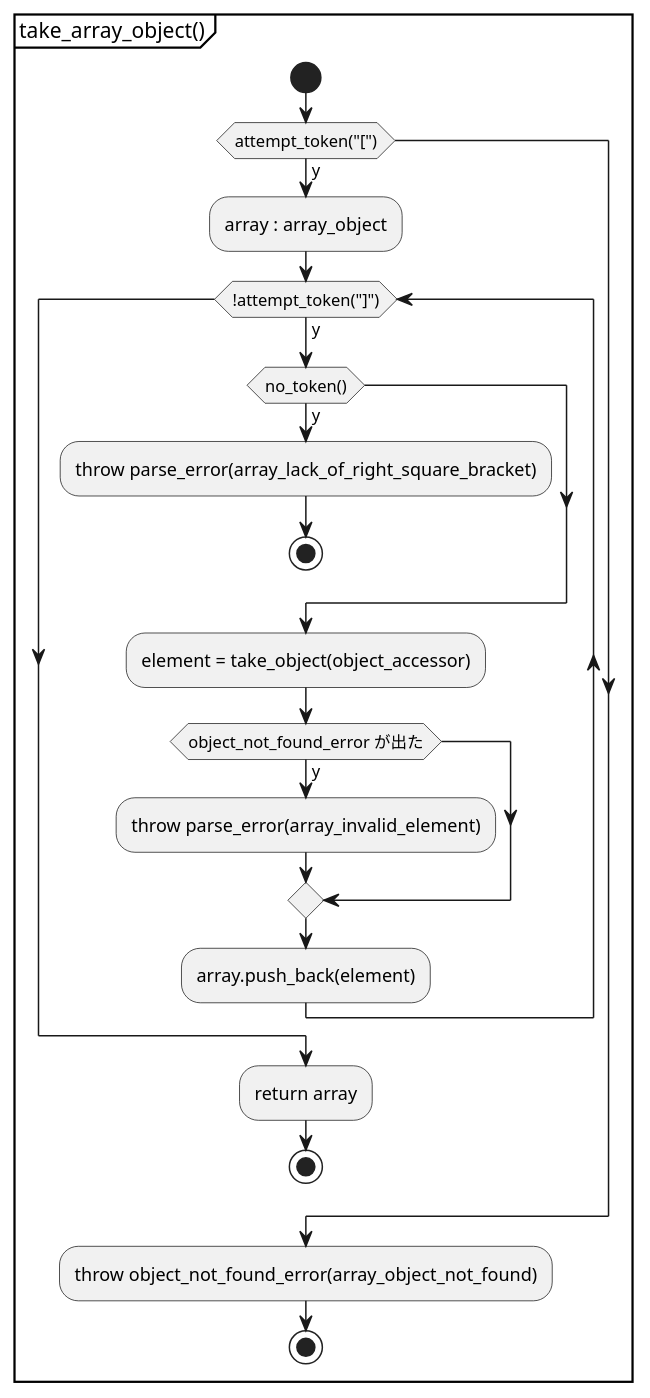
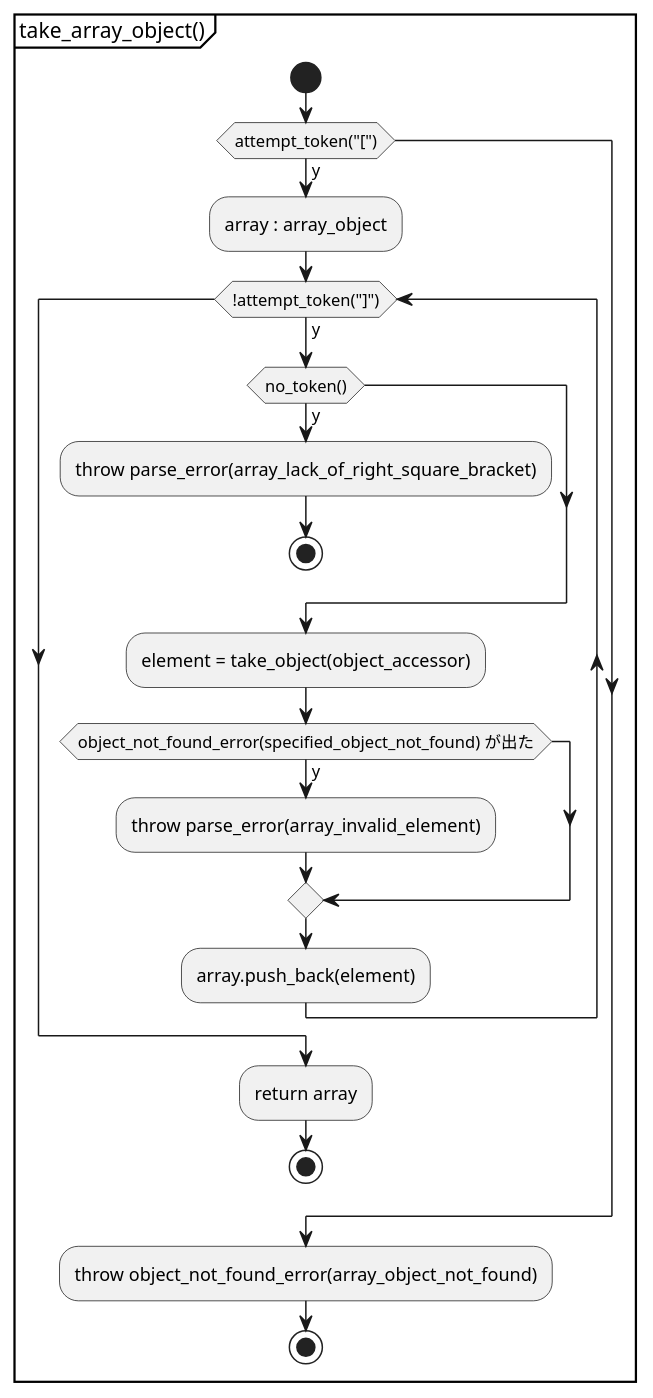
Diagram 12 of 17 in document/stream_parser.activity.pu (KodaiYM/PDFReader), drawn with PlantUML before and after one commit. The commit also changed other lines of this file and 6 other files, not shown here.

Commit message:
take_object_test の作成と、object_not_found_error の catch 時にエラーを特定するようにした

```diff
--- a/document/stream_parser.activity.pu
+++ b/document/stream_parser.activity.pu
@@ -357,27 +357,27 @@
 @startuml take_array_object
 partition "take_array_object()" {
 start
 	if (attempt_token("[")) then (y)
 		:array : array_object;
 
 		while (!attempt_token("]")) is (y)
 			if (no_token()) then (y)
 				:throw parse_error(array_lack_of_right_square_bracket);
 				stop
 			endif
 
 			:element = take_object(object_accessor);
-			if (object_not_found_error が出た) then (y)
+			if (object_not_found_error(specified_object_not_found) が出た) then (y)
 				:throw parse_error(array_invalid_element);
 			endif
 			:array.push_back(element);
 		endwhile
 
 		:return array;
 		stop
 	endif
 
 	:throw object_not_found_error(array_object_not_found);
 stop
 }
 @enduml
```
